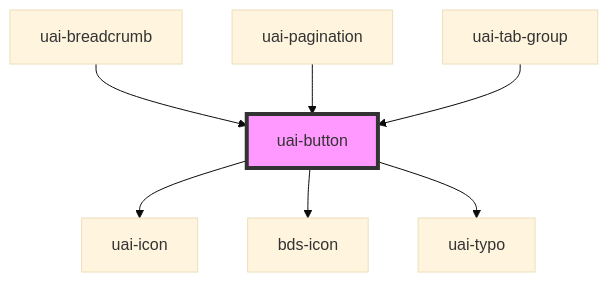
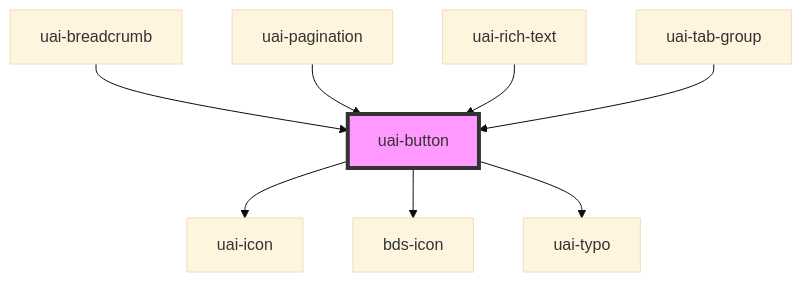
Before and after one commit to takenet/blip-ds: the diagram in src/components/uai-button/readme.md, drawn with Mermaid (base theme). The commit also changed other lines of this file and 27 other files, not shown here.

First line of the commit message:
feat(uai-rich-text): add UAI rich text field for HTML content

````diff
--- a/src/components/uai-button/readme.md
+++ b/src/components/uai-button/readme.md
@@ -187,10 +188,11 @@
 ```mermaid
 graph TD;
   uai-button --> uai-icon
   uai-button --> bds-icon
   uai-button --> uai-typo
   uai-breadcrumb --> uai-button
   uai-pagination --> uai-button
+  uai-rich-text --> uai-button
   uai-tab-group --> uai-button
   style uai-button fill:#f9f,stroke:#333,stroke-width:4px
 ```
````
